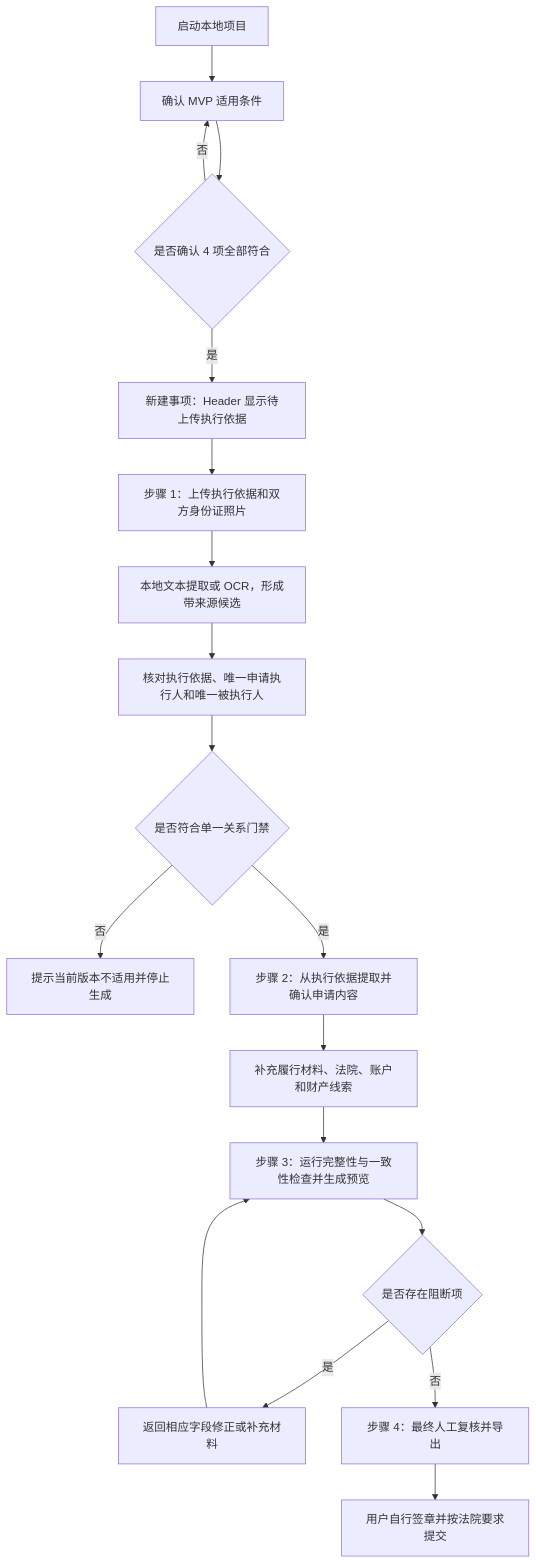
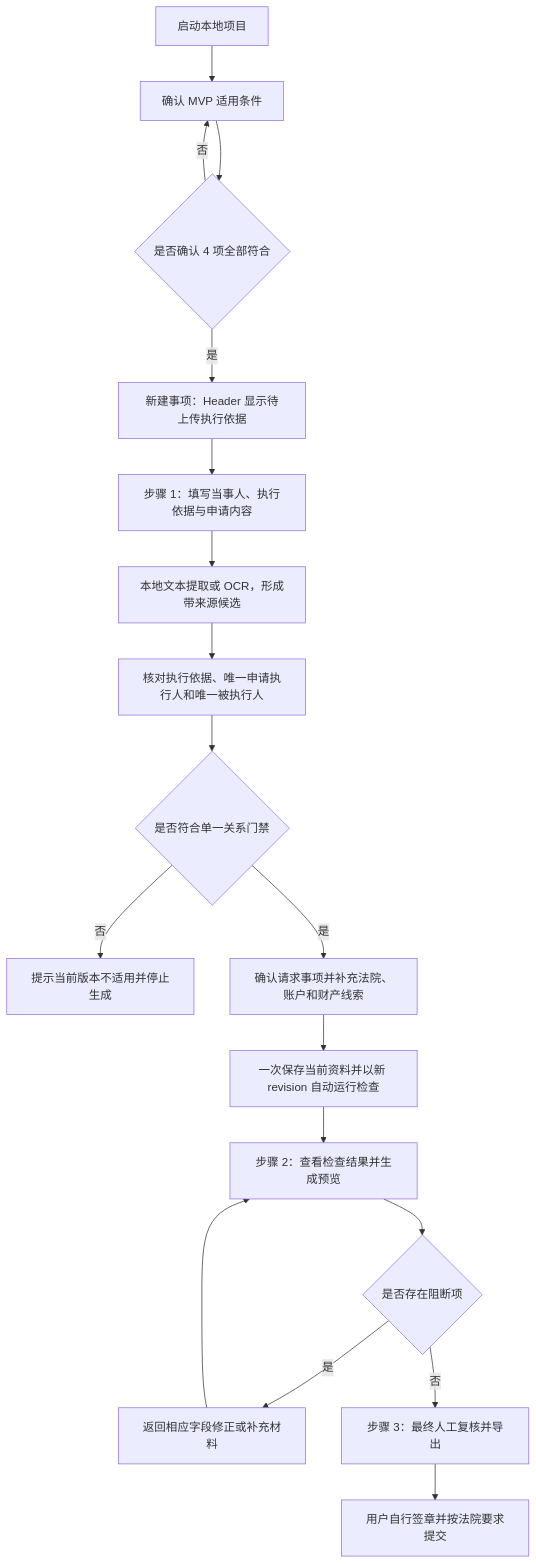
The diagram in outputs/产品方案_全国版强制执行材料生成助手.md (LanShiLiang/CaseFilingAssistant), drawn with Mermaid before and after one commit. The commit also changed other lines of this file and 33 other files, not shown here.

````diff
--- a/outputs/产品方案_全国版强制执行材料生成助手.md
+++ b/outputs/产品方案_全国版强制执行材料生成助手.md
@@ -124,20 +118,20 @@
 ```mermaid
 flowchart TD
   A["启动本地项目"] --> B["确认 MVP 适用条件"]
   B --> C{"是否确认 4 项全部符合"}
   C -- "否" --> B
   C -- "是" --> D["新建事项：Header 显示待上传执行依据"]
-  D --> E["步骤 1：上传执行依据和双方身份证照片"]
+  D --> E["步骤 1：填写当事人、执行依据与申请内容"]
   E --> F["本地文本提取或 OCR，形成带来源候选"]
   F --> G["核对执行依据、唯一申请执行人和唯一被执行人"]
   G --> H{"是否符合单一关系门禁"}
   H -- "否" --> I["提示当前版本不适用并停止生成"]
-  H -- "是" --> J["步骤 2：从执行依据提取并确认申请内容"]
-  J --> K["补充履行材料、法院、账户和财产线索"]
-  K --> L["步骤 3：运行完整性与一致性检查并生成预览"]
+  H -- "是" --> J["确认请求事项并补充法院、账户和财产线索"]
+  J --> K["一次保存当前资料并以新 revision 自动运行检查"]
+  K --> L["步骤 2：查看检查结果并生成预览"]
   L --> M{"是否存在阻断项"}
   M -- "是" --> N["返回相应字段修正或补充材料"]
   N --> L
-  M -- "否" --> O["步骤 4：最终人工复核并导出"]
+  M -- "否" --> O["步骤 3：最终人工复核并导出"]
   O --> P["用户自行签章并按法院要求提交"]
 ```
````
